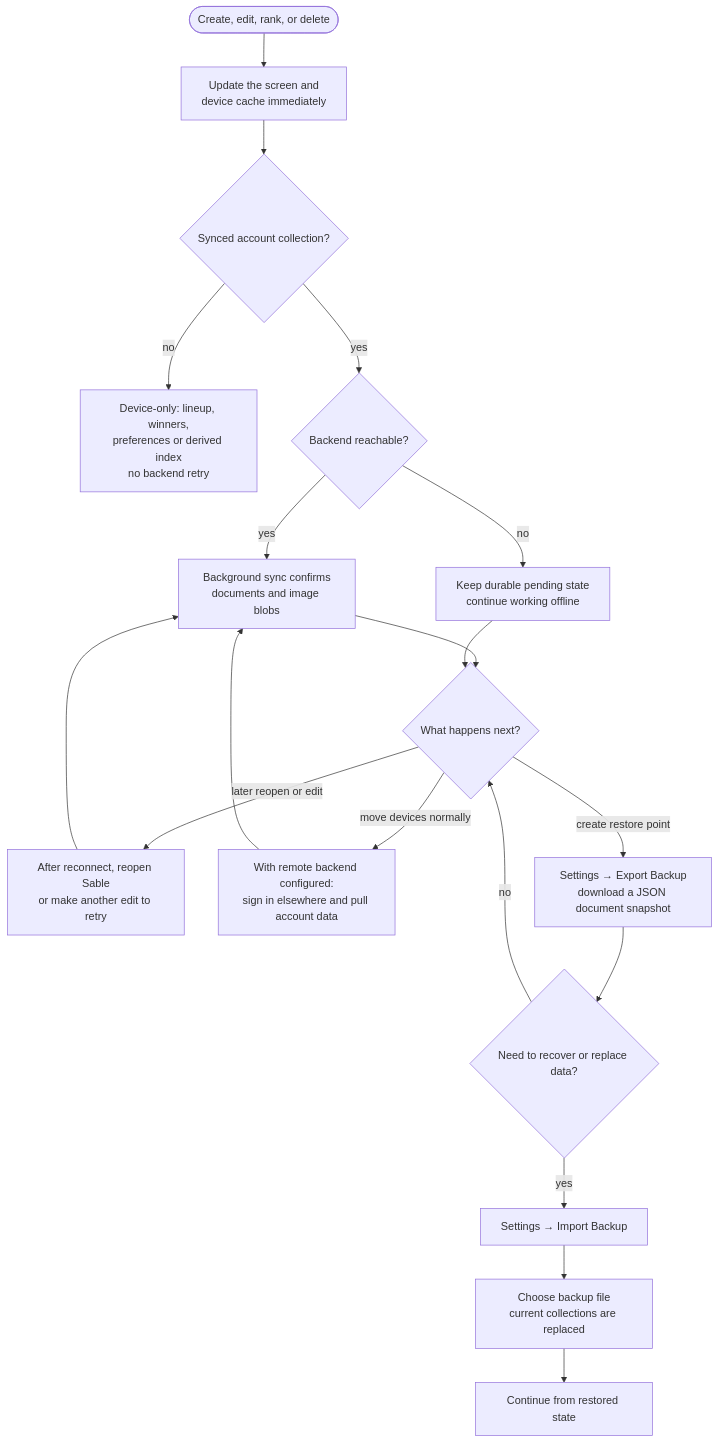
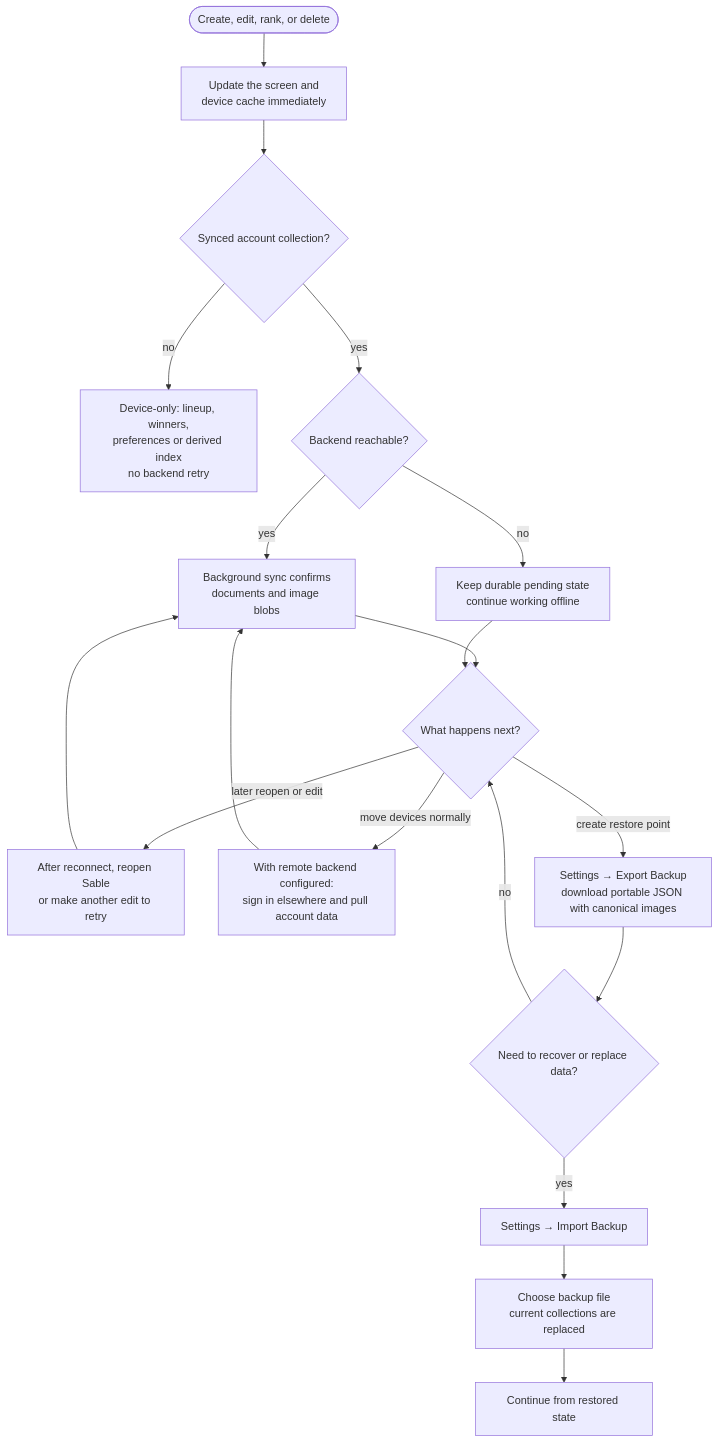
The eighth of 8 diagrams in docs/USER-WORKFLOWS.md (Pritesh1980/sable), drawn with Mermaid before and after one commit. The commit also changed other lines of this file and 39 other files, not shown here.

````diff
--- a/docs/USER-WORKFLOWS.md
+++ b/docs/USER-WORKFLOWS.md
@@ -342,29 +343,29 @@
 ```mermaid
 flowchart TB
   EDIT(["Create, edit, rank, or delete"])
   LOCAL["Update the screen and<br/>device cache immediately"]
   KIND{"Synced account collection?"}
   ONLY["Device-only: lineup, winners,<br/>preferences or derived index<br/>no backend retry"]
   ONLINE{"Backend reachable?"}
   SYNC["Background sync confirms<br/>documents and image blobs"]
   DIRTY["Keep durable pending state<br/>continue working offline"]
   RETURN{"What happens next?"}
   RETRY["After reconnect, reopen Sable<br/>or make another edit to retry"]
   DEVICE["With remote backend configured:<br/>sign in elsewhere and pull account data"]
-  BACKUP["Settings → Export Backup<br/>download a JSON document snapshot"]
+  BACKUP["Settings → Export Backup<br/>download portable JSON with canonical images"]
   LOSS{"Need to recover or replace data?"}
   IMPORT["Settings → Import Backup"]
   REPLACE["Choose backup file<br/>current collections are replaced"]
   RESTORED["Continue from restored state"]
 
   EDIT --> LOCAL --> KIND
   KIND -- no --> ONLY
   KIND -- yes --> ONLINE
   ONLINE -- yes --> SYNC --> RETURN
   ONLINE -- no --> DIRTY --> RETURN
   RETURN -- "later reopen or edit" --> RETRY --> SYNC
   RETURN -- "move devices normally" --> DEVICE --> SYNC
   RETURN -- "create restore point" --> BACKUP --> LOSS
   LOSS -- yes --> IMPORT --> REPLACE --> RESTORED
   LOSS -- no --> RETURN
 ```
````
